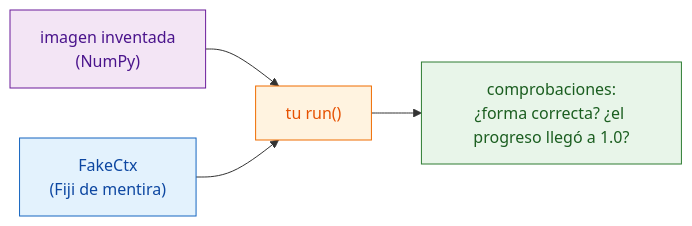
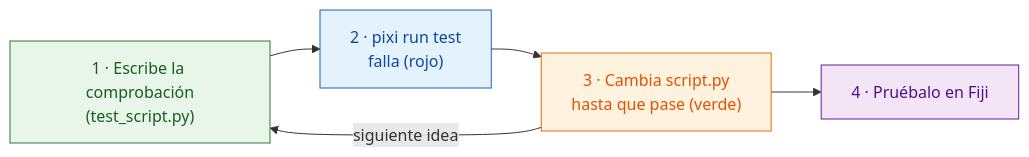
One commit to Oxford-Zeiss-Centre-of-Excellence/Wavu changed the diagram in guide/write/test-without-fiji.es.md. Above: the diagram before and after it, drawn with Mermaid. The commit also changed other lines of this file and 28 other files, not shown here.

````diff
--- a/guide/write/test-without-fiji.es.md
+++ b/guide/write/test-without-fiji.es.md
@@ -16,15 +20,14 @@
 ```mermaid
 flowchart LR
-    I["imagen inventada<br/>(NumPy)"]:::env
-    F["FakeCtx<br/>(Fiji de mentira)"]:::fiji
-    S["tu run()"]:::script
-    C["comprobaciones:<br/>¿forma correcta? ¿el progreso llegó a 1.0?"]:::worker
-    I --> S
-    F --> S
-    S --> C
+    T["1 · Escribe la comprobación<br/>(test_script.py)"]:::worker
+    R["2 · pixi run test<br/>falla (rojo)"]:::fiji
+    S["3 · Cambia script.py<br/>hasta que pase (verde)"]:::script
+    F["4 · Pruébalo en Fiji"]:::env
+    T --> R --> S --> F
+    S -- "siguiente idea" --> T
 
     classDef fiji   fill:#e3f2fd,stroke:#1565c0,color:#0d47a1
     classDef worker fill:#e8f5e9,stroke:#2e7d32,color:#1b5e20
     classDef script fill:#fff3e0,stroke:#ef6c00,color:#e65100
     classDef env    fill:#f3e5f5,stroke:#6a1b9a,color:#4a148c
 ```
````
